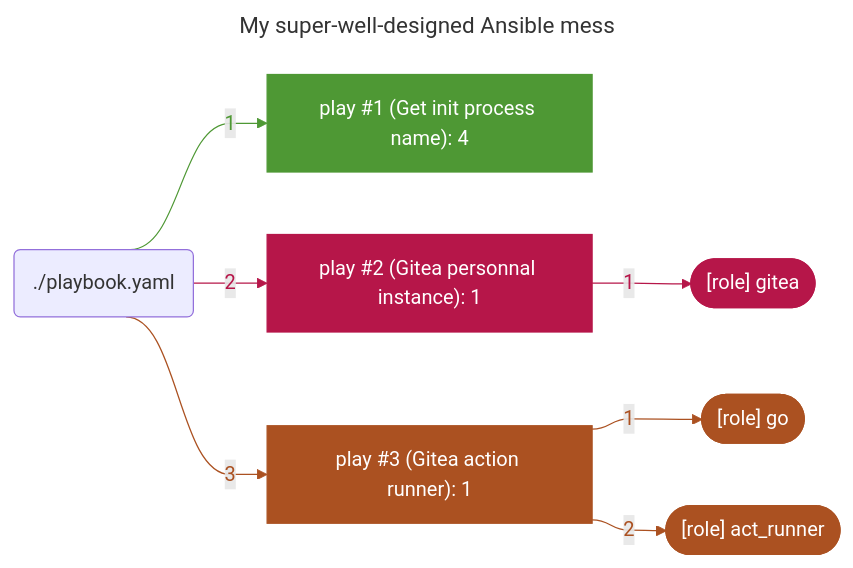
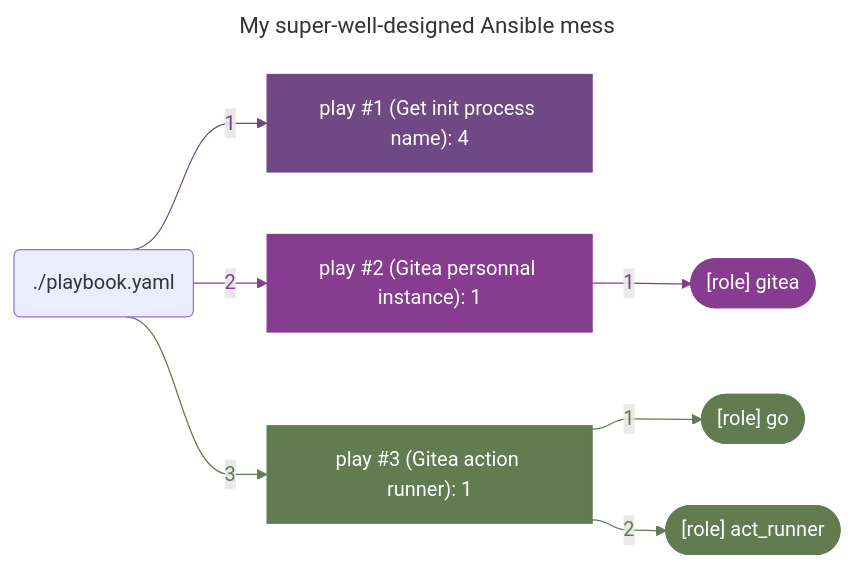
One commit to boyreau/boyreau changed the diagram in README.md. Above: the diagram before and after it, drawn with Mermaid.

Commit message:
profile graph automatic update

````diff
--- a/README.md
+++ b/README.md
@@ -48,47 +48,47 @@
 ```mermaid
 ---
 title: "My super-well-designed Ansible mess"
 ---
 %%{ init: { "flowchart": { "curve": "bumpX" } } }%%
 flowchart LR
 	%% Start of the playbook './playbook.yaml'
-	playbook_fc16d71b("./playbook.yaml")
+	playbook_463af9b1("./playbook.yaml")
 		%% Start of the play 'play #1 (Get init process name): 4'
-		play_2345da04["play #1 (Get init process name): 4"]
-		style play_2345da04 stroke:#4e9834,fill:#4e9834,color:#ffffff
-		playbook_fc16d71b --> |"1"| play_2345da04
-		linkStyle 0 stroke:#4e9834,color:#4e9834
+		play_8c975b44["play #1 (Get init process name): 4"]
+		style play_8c975b44 stroke:#704884,fill:#704884,color:#ffffff
+		playbook_463af9b1 --> |"1"| play_8c975b44
+		linkStyle 0 stroke:#704884,color:#704884
 		%% End of the play 'play #1 (Get init process name): 4'
 		%% Start of the play 'play #2 (Gitea personnal instance): 1'
-		play_89e2a681["play #2 (Gitea personnal instance): 1"]
-		style play_89e2a681 stroke:#b61649,fill:#b61649,color:#ffffff
-		playbook_fc16d71b --> |"2"| play_89e2a681
-		linkStyle 1 stroke:#b61649,color:#b61649
+		play_f46c0331["play #2 (Gitea personnal instance): 1"]
+		style play_f46c0331 stroke:#873d8f,fill:#873d8f,color:#ffffff
+		playbook_463af9b1 --> |"2"| play_f46c0331
+		linkStyle 1 stroke:#873d8f,color:#873d8f
 			%% Start of the role '[role] gitea'
-			play_89e2a681 --> |"1 "| role_7e1304d3
-			linkStyle 2 stroke:#b61649,color:#b61649
-			role_7e1304d3(["[role] gitea"])
-			style role_7e1304d3 fill:#b61649,color:#ffffff,stroke:#b61649
+			play_f46c0331 --> |"1 "| role_3863489f
+			linkStyle 2 stroke:#873d8f,color:#873d8f
+			role_3863489f(["[role] gitea"])
+			style role_3863489f fill:#873d8f,color:#ffffff,stroke:#873d8f
 			%% End of the role '[role] gitea'
 		%% End of the play 'play #2 (Gitea personnal instance): 1'
 		%% Start of the play 'play #3 (Gitea action runner): 1'
-		play_d640eab3["play #3 (Gitea action runner): 1"]
-		style play_d640eab3 stroke:#ab5121,fill:#ab5121,color:#ffffff
-		playbook_fc16d71b --> |"3"| play_d640eab3
-		linkStyle 3 stroke:#ab5121,color:#ab5121
+		play_9eb101d9["play #3 (Gitea action runner): 1"]
+		style play_9eb101d9 stroke:#627b51,fill:#627b51,color:#ffffff
+		playbook_463af9b1 --> |"3"| play_9eb101d9
+		linkStyle 3 stroke:#627b51,color:#627b51
 			%% Start of the role '[role] go'
-			play_d640eab3 --> |"1 "| role_8d25994f
-			linkStyle 4 stroke:#ab5121,color:#ab5121
-			role_8d25994f(["[role] go"])
-			style role_8d25994f fill:#ab5121,color:#ffffff,stroke:#ab5121
+			play_9eb101d9 --> |"1 "| role_d705e651
+			linkStyle 4 stroke:#627b51,color:#627b51
+			role_d705e651(["[role] go"])
+			style role_d705e651 fill:#627b51,color:#ffffff,stroke:#627b51
 			%% End of the role '[role] go'
 			%% Start of the role '[role] act_runner'
-			play_d640eab3 --> |"2 "| role_af6c4d7f
-			linkStyle 5 stroke:#ab5121,color:#ab5121
-			role_af6c4d7f(["[role] act_runner"])
-			style role_af6c4d7f fill:#ab5121,color:#ffffff,stroke:#ab5121
+			play_9eb101d9 --> |"2 "| role_9b432777
+			linkStyle 5 stroke:#627b51,color:#627b51
+			role_9b432777(["[role] act_runner"])
+			style role_9b432777 fill:#627b51,color:#ffffff,stroke:#627b51
 			%% End of the role '[role] act_runner'
 		%% End of the play 'play #3 (Gitea action runner): 1'
 	%% End of the playbook './playbook.yaml'
 
 ```
````
